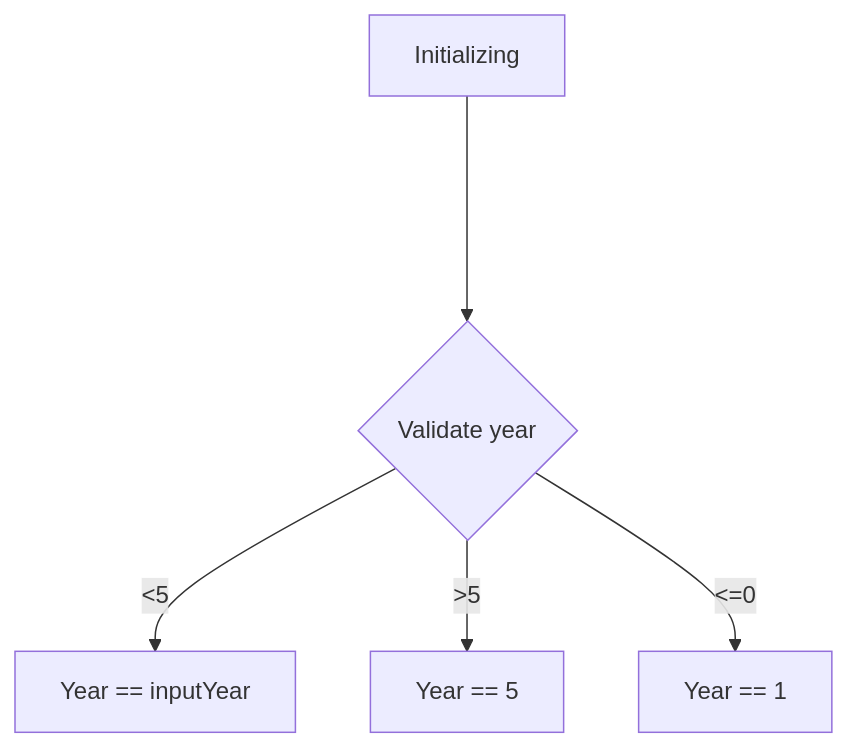
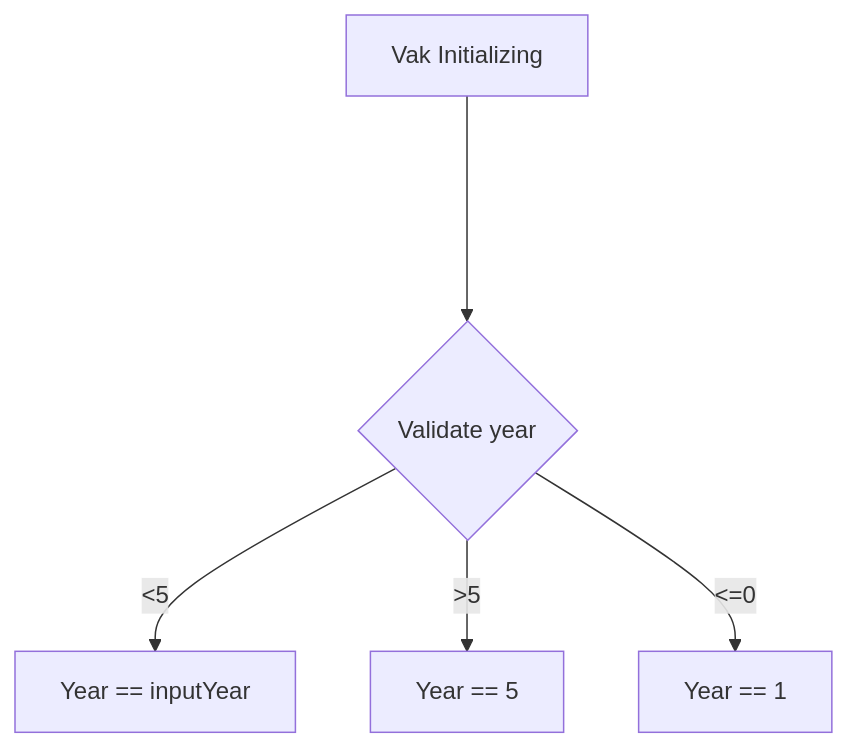
One commit to RockFreakRickerd/SameCodeDifferentLanguagues changed the first of 2 diagrams in SchoolSystem/README.md. Above: the diagram before and after it, drawn with Mermaid. The commit also changed other lines of this file, not shown here.

````diff
--- a/SchoolSystem/README.md
+++ b/SchoolSystem/README.md
@@ -9,7 +9,7 @@
 ```mermaid
 flowchart TD
-  A[Initializing] ----> B{Validate year};
+  A[Vak Initializing] ----> B{Validate year};
   B -- <5 --> C[Year == inputYear];
   B -- >5 --> D[Year == 5];
   B -- <=0 --> E[Year == 1];
 ```
````
